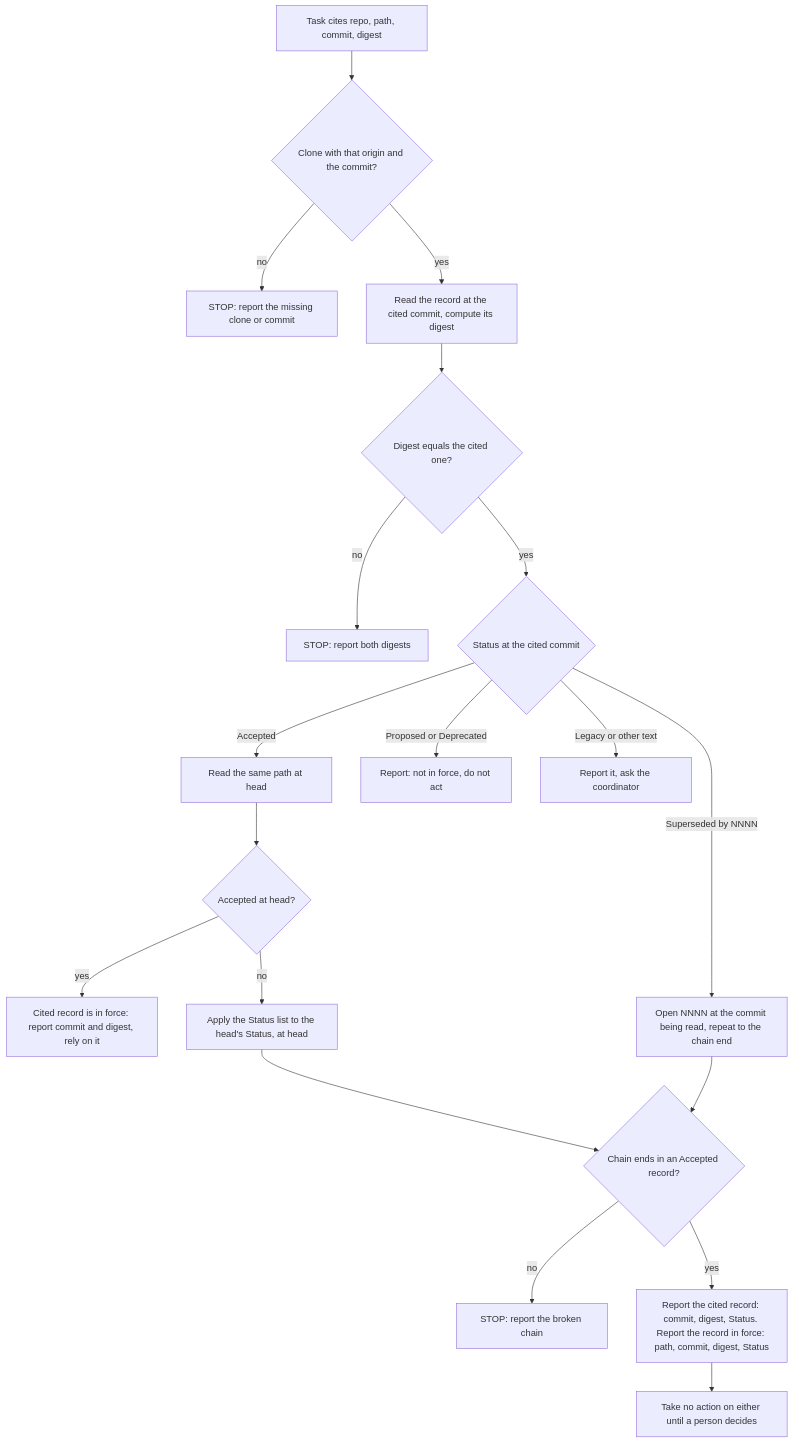
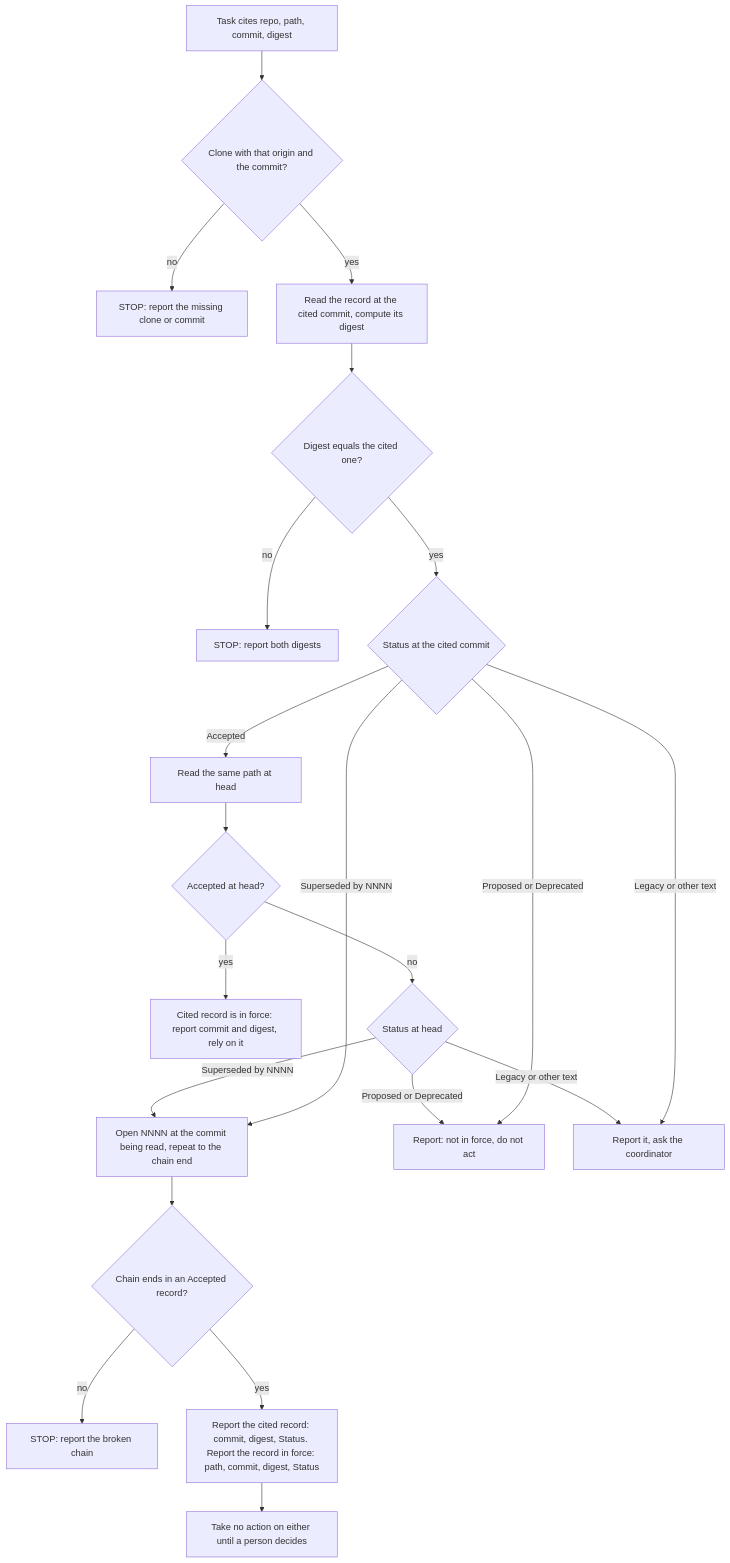
Before and after one commit to iamcxa/kc-claude-plugins: the diagram in read-adr-reporting-rule-followup.md, drawn with Mermaid. The commit also changed other lines of this file, not shown here.

Commit message:
ideation: complete the Status fan-out at head in the read-adr flow, note the package-version choice

````diff
--- a/read-adr-reporting-rule-followup.md
+++ b/read-adr-reporting-rule-followup.md
@@ -77,21 +77,23 @@
 ```mermaid
 flowchart TD
     A[Task cites repo, path, commit, digest] --> B{Clone with that origin and the commit?}
     B -- no --> S1[STOP: report the missing clone or commit]
     B -- yes --> C[Read the record at the cited commit, compute its digest]
     C --> D{Digest equals the cited one?}
     D -- no --> S2[STOP: report both digests]
     D -- yes --> E{Status at the cited commit}
     E -- Accepted --> F[Read the same path at head]
     F --> G{Accepted at head?}
     G -- yes --> R1[Cited record is in force: report commit and digest, rely on it]
-    G -- no --> H[Apply the Status list to the head's Status, at head]
+    G -- no --> H{Status at head}
+    H -- Superseded by NNNN --> I
+    H -- Proposed or Deprecated --> S3
+    H -- Legacy or other text --> S4
     E -- Superseded by NNNN --> I[Open NNNN at the commit being read, repeat to the chain end]
     E -- Proposed or Deprecated --> S3[Report: not in force, do not act]
     E -- Legacy or other text --> S4[Report it, ask the coordinator]
-    H --> J{Chain ends in an Accepted record?}
-    I --> J
+    I --> J{Chain ends in an Accepted record?}
     J -- no --> S5[STOP: report the broken chain]
     J -- yes --> R2[Report the cited record: commit, digest, Status. Report the record in force: path, commit, digest, Status]
     R2 --> W[Take no action on either until a person decides]
 ```
````
